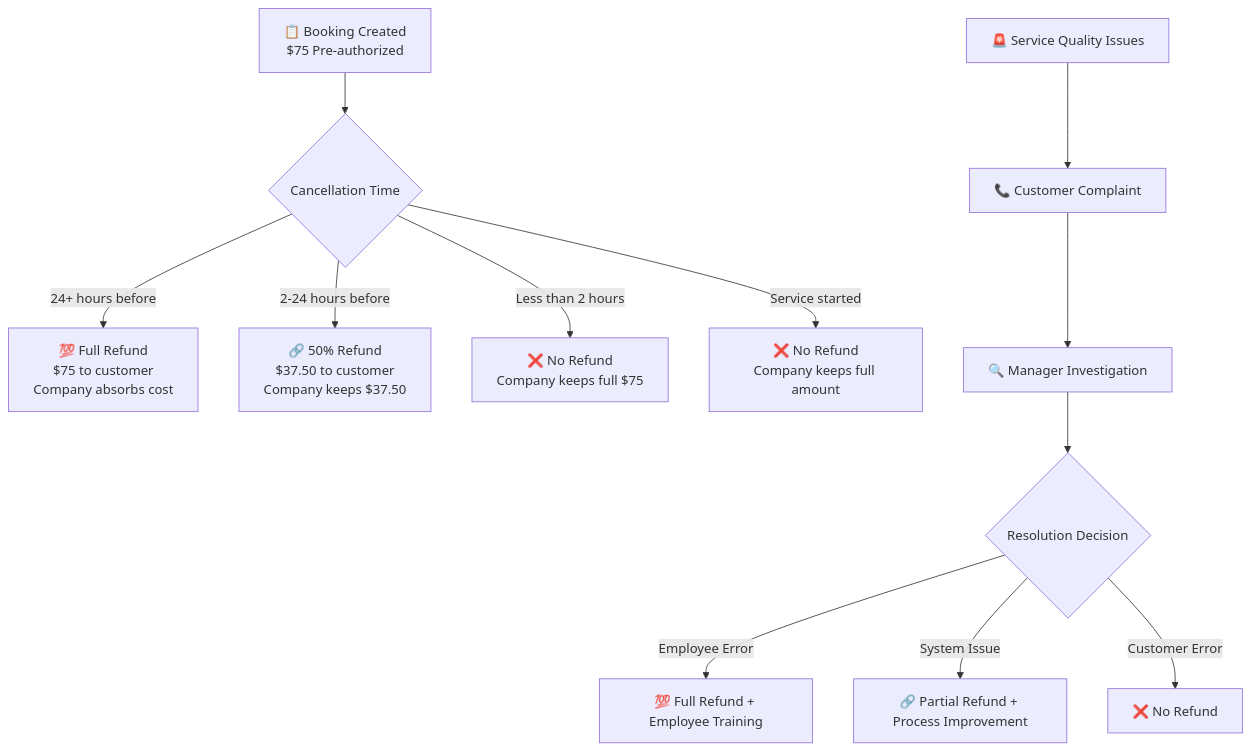
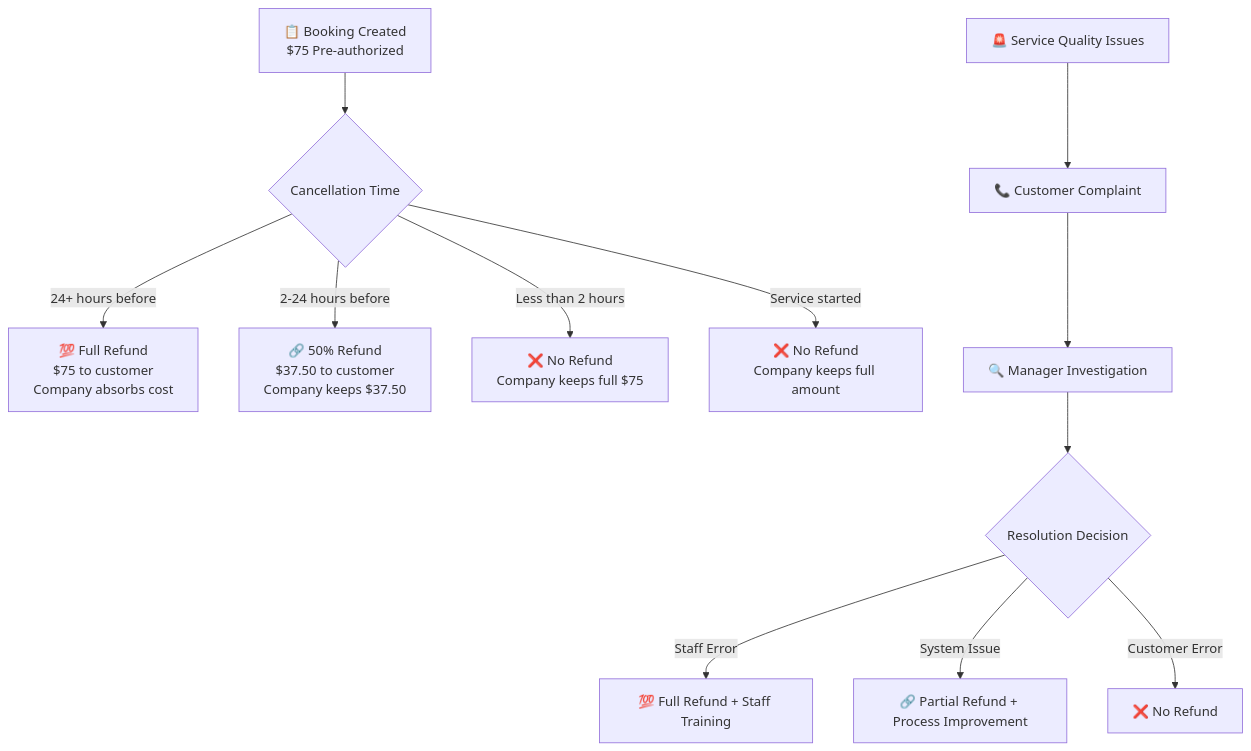
Before and after one commit to HomeCleaningServiceMobile/MobileHomeServiceApi: diagram 12 of 12 in PROJECT_FLOWS.md, drawn with Mermaid. The commit also changed other lines of this file and 1 other file, not shown here.

````diff
--- a/PROJECT_FLOWS.md
+++ b/PROJECT_FLOWS.md
@@ -915,16 +915,16 @@
 ```mermaid
 graph TD
     A["📋 Booking Created<br/>$75 Pre-authorized"] --> B{"Cancellation Time"}
     
     B -->|"24+ hours before"| C["💯 Full Refund<br/>$75 to customer<br/>Company absorbs cost"]
     B -->|"2-24 hours before"| D["🔗 50% Refund<br/>$37.50 to customer<br/>Company keeps $37.50"]
     B -->|"Less than 2 hours"| E["❌ No Refund<br/>Company keeps full $75"]
     B -->|"Service started"| F["❌ No Refund<br/>Company keeps full amount"]
     
     G["🚨 Service Quality Issues"] --> H["📞 Customer Complaint"]
     H --> I["🔍 Manager Investigation"]
     I --> J{"Resolution Decision"}
-    J -->|"Employee Error"| K["💯 Full Refund + Employee Training"]
+    J -->|"Staff Error"| K["💯 Full Refund + Staff Training"]
     J -->|"System Issue"| L["🔗 Partial Refund + Process Improvement"]
     J -->|"Customer Error"| M["❌ No Refund"]
 ```
````
